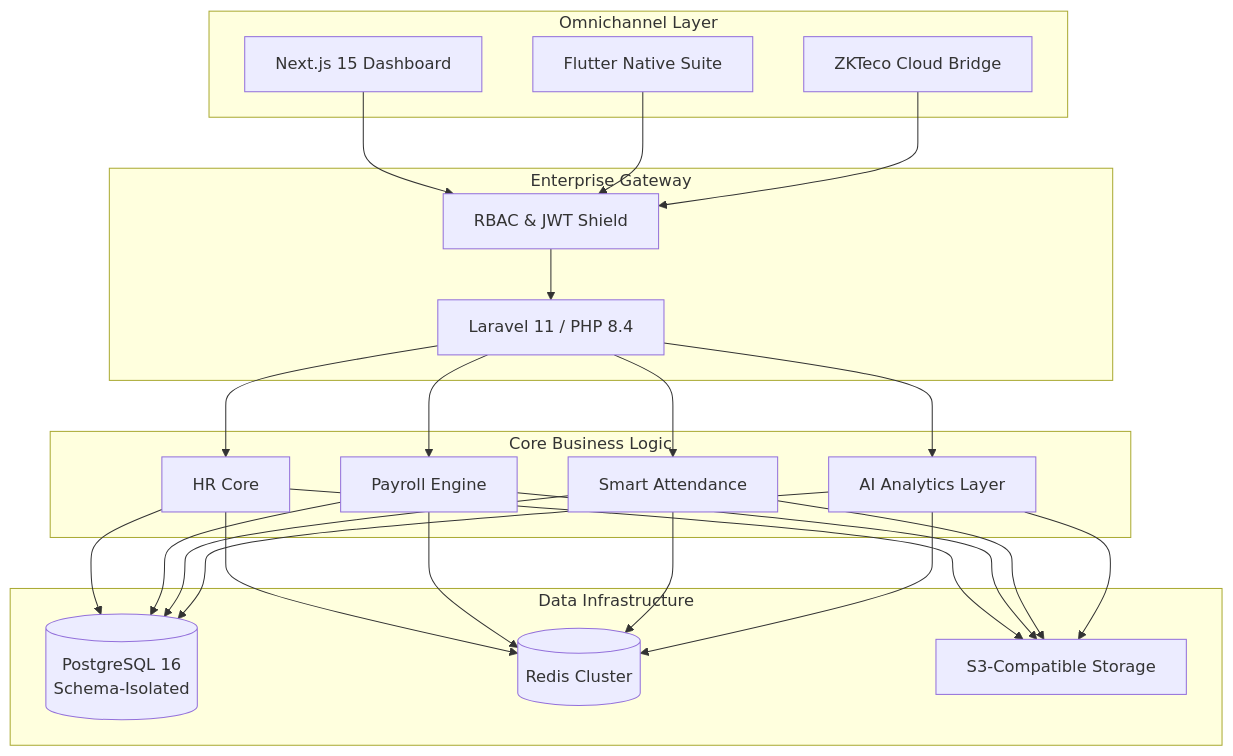
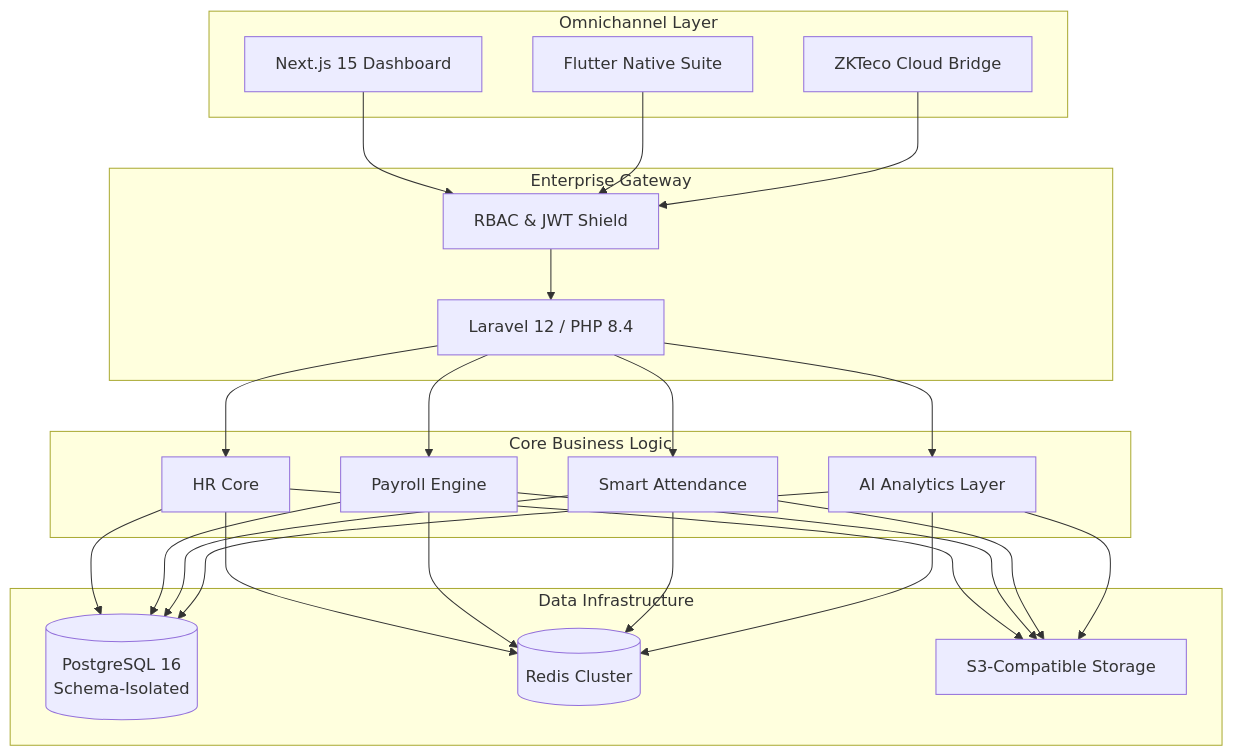
The diagram in README.md (kitokoh/leopardo-hr), drawn with Mermaid before and after one commit. The commit also changed other lines of this file and 10 other files, not shown here.

````diff
--- a/README.md
+++ b/README.md
@@ -60,31 +60,31 @@
 ```mermaid
 graph TB
     subgraph "Omnichannel Layer"
         Web[Next.js 15 Dashboard]
         Mobile[Flutter Native Suite]
         Kiosk[ZKTeco Cloud Bridge]
     end
 
     subgraph "Enterprise Gateway"
-        API[Laravel 11 / PHP 8.4]
+        API[Laravel 12 / PHP 8.4]
         Sec[RBAC & JWT Shield]
     end
 
     subgraph "Core Business Logic"
         HRM[HR Core]
         PAY[Payroll Engine]
         ATT[Smart Attendance]
         AI[AI Analytics Layer]
     end
 
     subgraph "Data Infrastructure"
         DB[(PostgreSQL 16\nSchema-Isolated)]
         Cache[(Redis Cluster)]
         Store[S3-Compatible Storage]
     end
 
     Web & Mobile & Kiosk --> Sec
     Sec --> API
     API --> HRM & PAY & ATT & AI
     HRM & PAY & ATT & AI --> DB & Cache & Store
 ```
````
